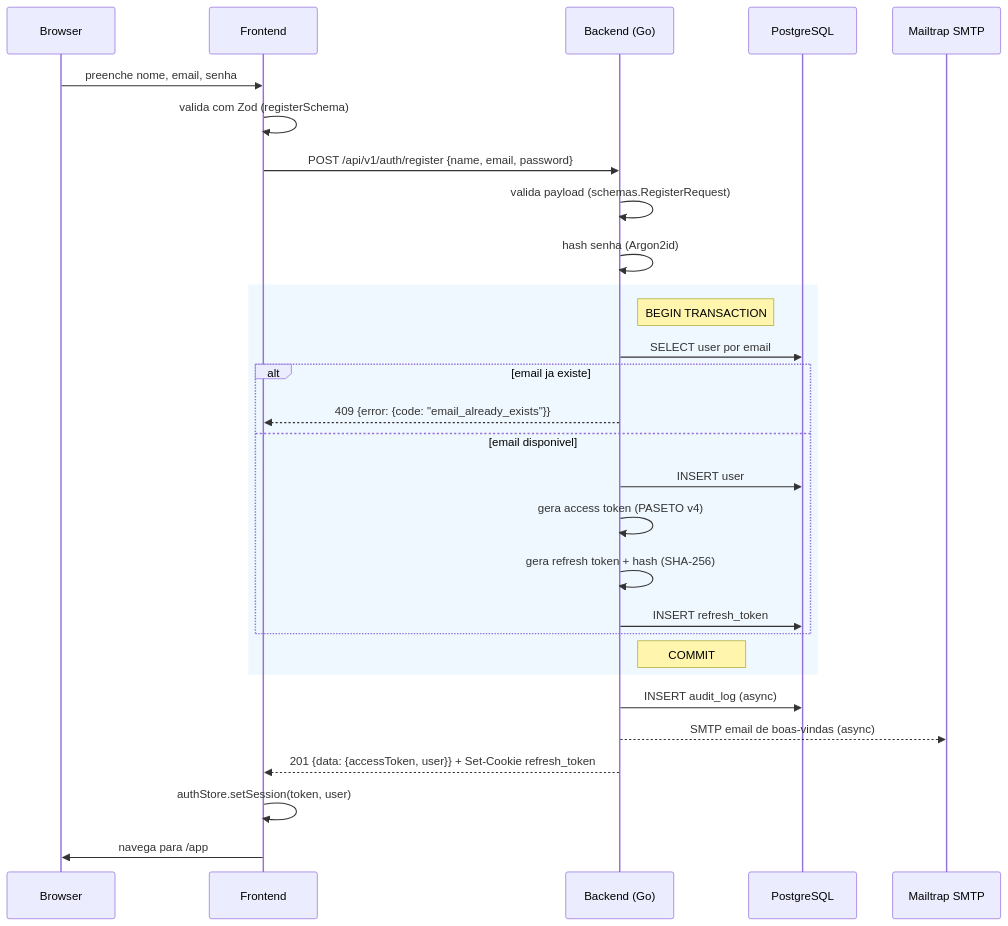
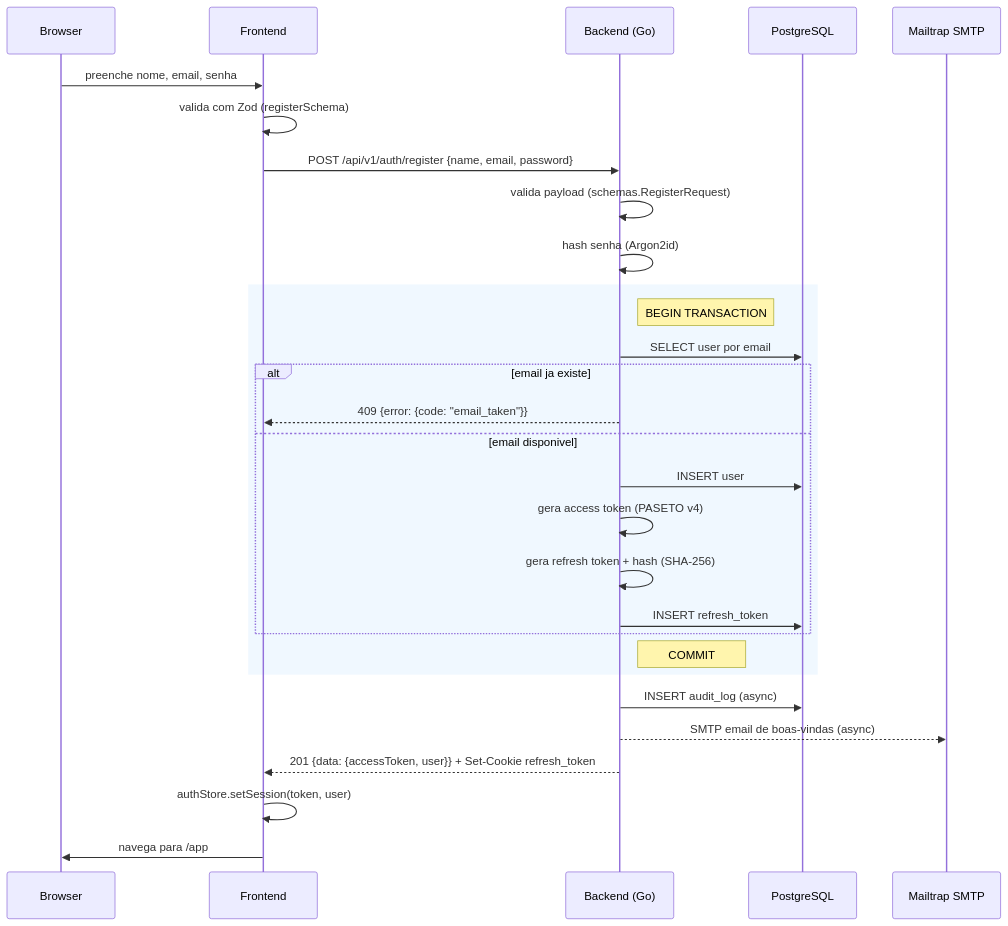
One commit to nitaigf/stacks-base changed the first of 7 diagrams in docs/flows/auth-sequence.md. Above: the diagram before and after it, drawn with Mermaid. The commit also changed other lines of this file and 64 other files, not shown here.

````diff
--- a/docs/flows/auth-sequence.md
+++ b/docs/flows/auth-sequence.md
@@ -8,34 +8,34 @@
 ```mermaid
 sequenceDiagram
   participant B as Browser
   participant F as Frontend
   participant API as Backend (Go)
   participant DB as PostgreSQL
   participant Mail as Mailtrap SMTP
 
   B->>F: preenche nome, email, senha
   F->>F: valida com Zod (registerSchema)
   F->>API: POST /api/v1/auth/register {name, email, password}
   API->>API: valida payload (schemas.RegisterRequest)
   API->>API: hash senha (Argon2id)
 
   rect rgb(240, 248, 255)
     note right of API: BEGIN TRANSACTION
     API->>DB: SELECT user por email
     alt email ja existe
-      API-->>F: 409 {error: {code: "email_already_exists"}}
+      API-->>F: 409 {error: {code: "email_taken"}}
     else email disponivel
       API->>DB: INSERT user
       API->>API: gera access token (PASETO v4)
       API->>API: gera refresh token + hash (SHA-256)
       API->>DB: INSERT refresh_token
     end
     note right of API: COMMIT
   end
 
   API->>DB: INSERT audit_log (async)
   API-->>Mail: SMTP email de boas-vindas (async)
   API-->>F: 201 {data: {accessToken, user}} + Set-Cookie refresh_token
   F->>F: authStore.setSession(token, user)
   F->>B: navega para /app
 ```
````
